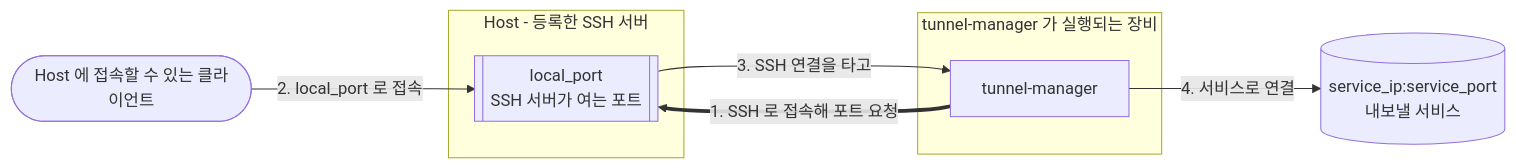
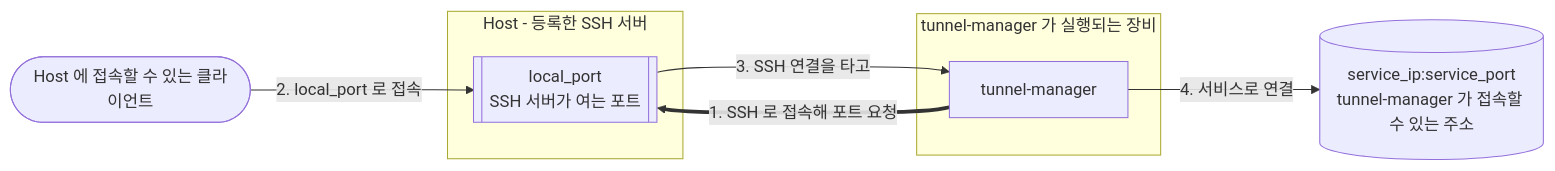
One commit to jollaman999/tunnel-manager changed the diagram in docs/README.ko.md. Above: the diagram before and after it, drawn with Mermaid. The commit also changed other lines of this file, not shown here.

````diff
--- a/docs/README.ko.md
+++ b/docs/README.ko.md
@@ -14,16 +14,16 @@
 ```mermaid
 flowchart LR
     client([Host 에 접속할 수 있는 클라이언트])
     subgraph host [Host - 등록한 SSH 서버]
         port[["local_port<br/>SSH 서버가 여는 포트"]]
     end
     subgraph here [tunnel-manager 가 실행되는 장비]
         tm[tunnel-manager]
     end
-    service[("service_ip:service_port<br/>내보낼 서비스")]
+    service[("service_ip:service_port<br/>tunnel-manager 가 접속할 수 있는 주소")]
 
     tm ==>|"1. SSH 로 접속해 포트 요청"| port
     client -->|"2. local_port 로 접속"| port
     port -->|"3. SSH 연결을 타고"| tm
     tm -->|"4. 서비스로 연결"| service
 ```
````
